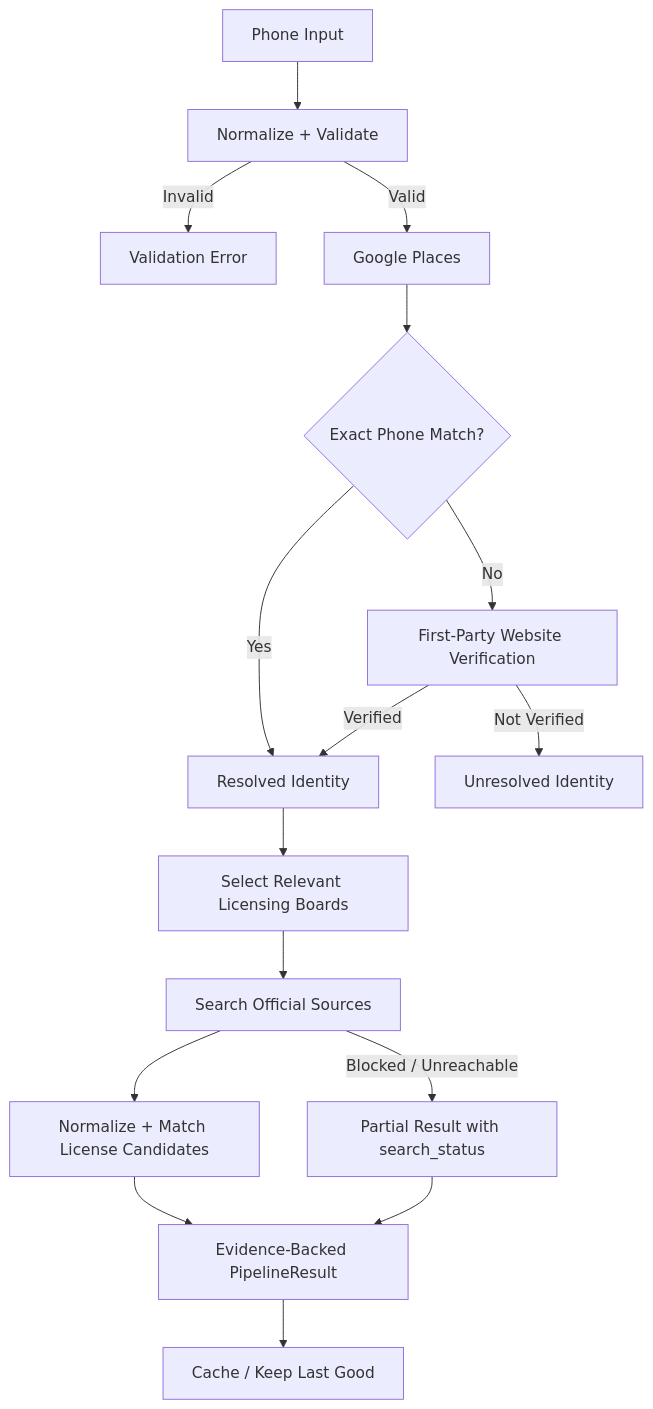
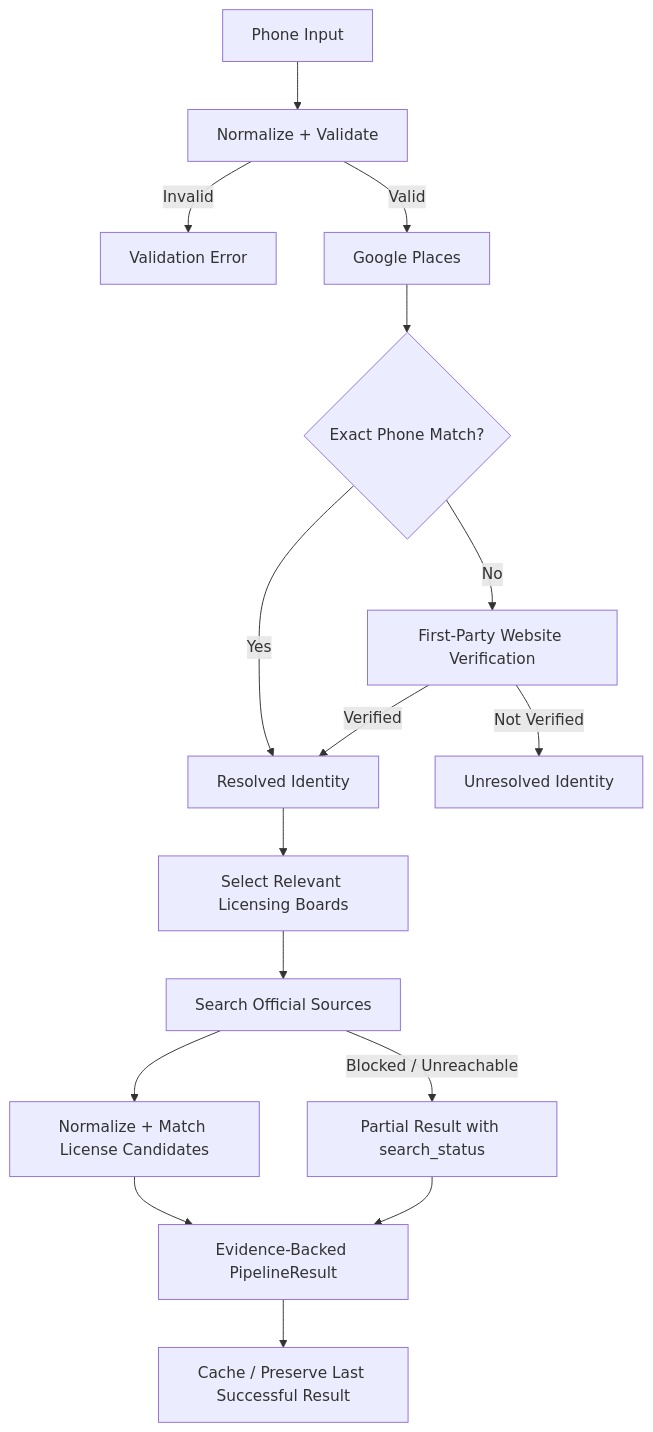
The diagram in README.md (jahnavib26/hirenimbus-license-discovery-agent), drawn with Mermaid before and after one commit. The commit also changed other lines of this file, not shown here.

````diff
--- a/README.md
+++ b/README.md
@@ -72,24 +72,24 @@
 ```mermaid
 flowchart TD
     A[Phone Input] --> B[Normalize + Validate]
     B -->|Invalid| X[Validation Error]
     B -->|Valid| C[Google Places]
 
     C --> D{Exact Phone Match?}
 
     D -->|Yes| E[Resolved Identity]
     D -->|No| F[First-Party Website Verification]
 
     F -->|Verified| E
     F -->|Not Verified| Y[Unresolved Identity]
 
     E --> G[Select Relevant Licensing Boards]
     G --> H[Search Official Sources]
     H --> I[Normalize + Match License Candidates]
     I --> J[Evidence-Backed PipelineResult]
 
     H -->|Blocked / Unreachable| K[Partial Result with search_status]
     K --> J
 
-    J --> L[Cache / Keep Last Good]
+    J --> L[Cache / Preserve Last Successful Result]
 ```
````
